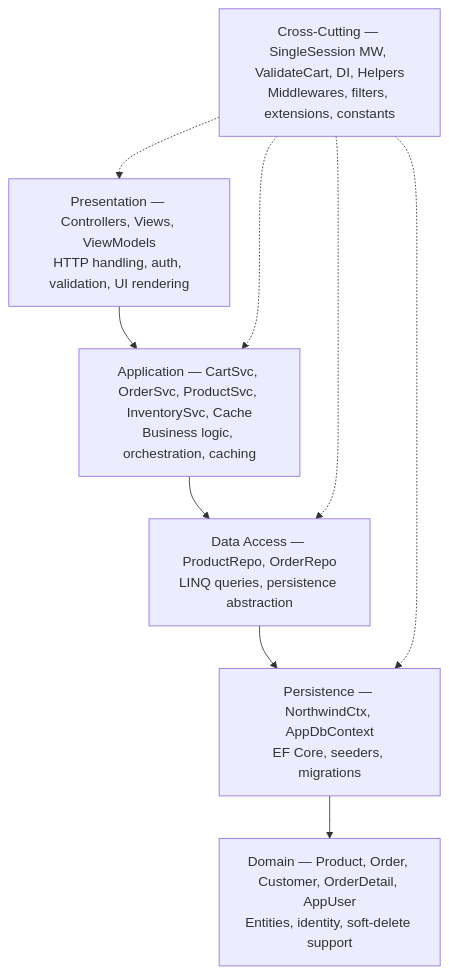
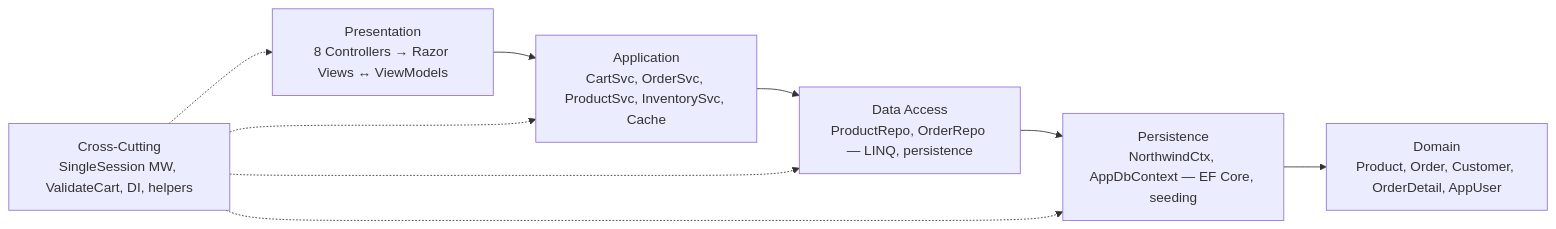
Before and after one commit to jeffersonmejia/north-taks1-p3: the diagram in README.md, drawn with Mermaid.

Commit message:
docs: horizontal layered diagram with 2-line compact boxes

````diff
--- a/README.md
+++ b/README.md
@@ -45,15 +45,15 @@
 ```mermaid
-graph TB
-  P["Presentation — Controllers, Views, ViewModels<br/>HTTP handling, auth, validation, UI rendering"]
-  App["Application — CartSvc, OrderSvc, ProductSvc, InventorySvc, Cache<br/>Business logic, orchestration, caching"]
-  DAL["Data Access — ProductRepo, OrderRepo<br/>LINQ queries, persistence abstraction"]
-  Per["Persistence — NorthwindCtx, AppDbContext<br/>EF Core, seeders, migrations"]
-  Dom["Domain — Product, Order, Customer, OrderDetail, AppUser<br/>Entities, identity, soft-delete support"]
-  XCut["Cross-Cutting — SingleSession MW, ValidateCart, DI, Helpers<br/>Middlewares, filters, extensions, constants"]
+graph LR
+  P["Presentation<br/>8 Controllers → Razor Views ↔ ViewModels"]
+  App["Application<br/>CartSvc, OrderSvc, ProductSvc, InventorySvc, Cache"]
+  DAL["Data Access<br/>ProductRepo, OrderRepo — LINQ, persistence"]
+  Per["Persistence<br/>NorthwindCtx, AppDbContext — EF Core, seeding"]
+  Dom["Domain<br/>Product, Order, Customer, OrderDetail, AppUser"]
+  XCut["Cross-Cutting<br/>SingleSession MW, ValidateCart, DI, helpers"]
 
   P --> App --> DAL --> Per --> Dom
   XCut -.-> P
   XCut -.-> App
   XCut -.-> DAL
   XCut -.-> Per
 ```
````
